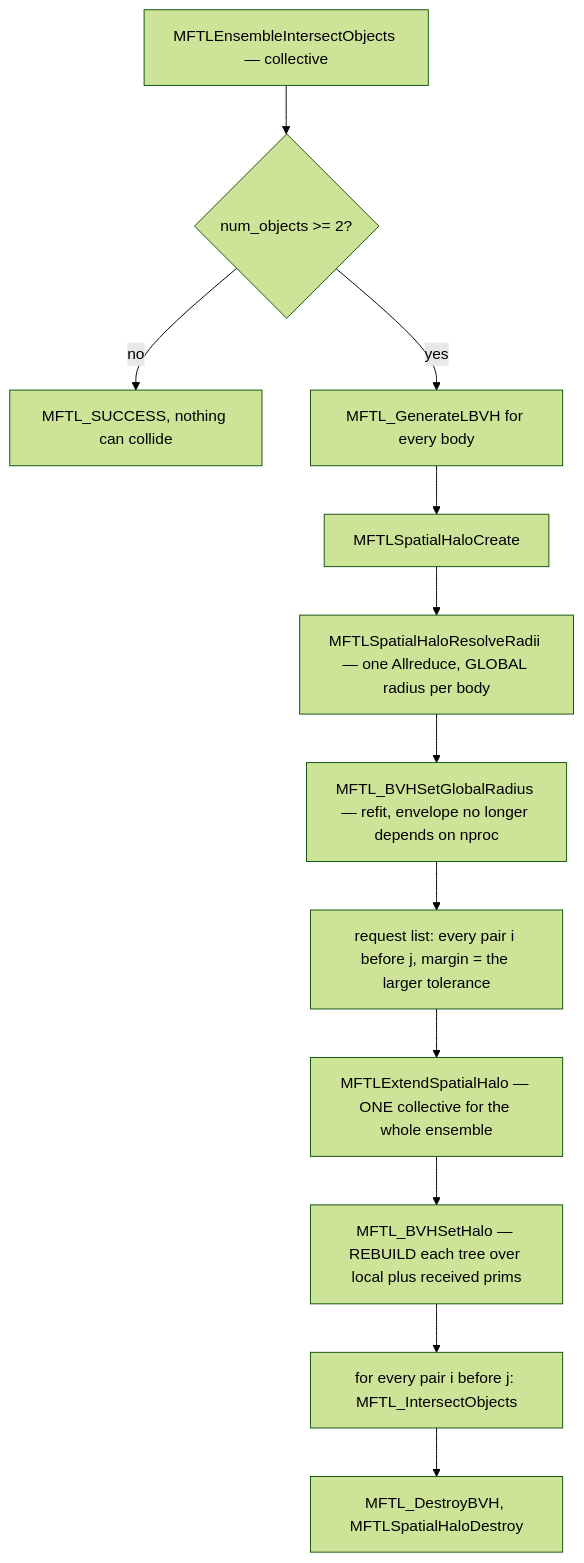
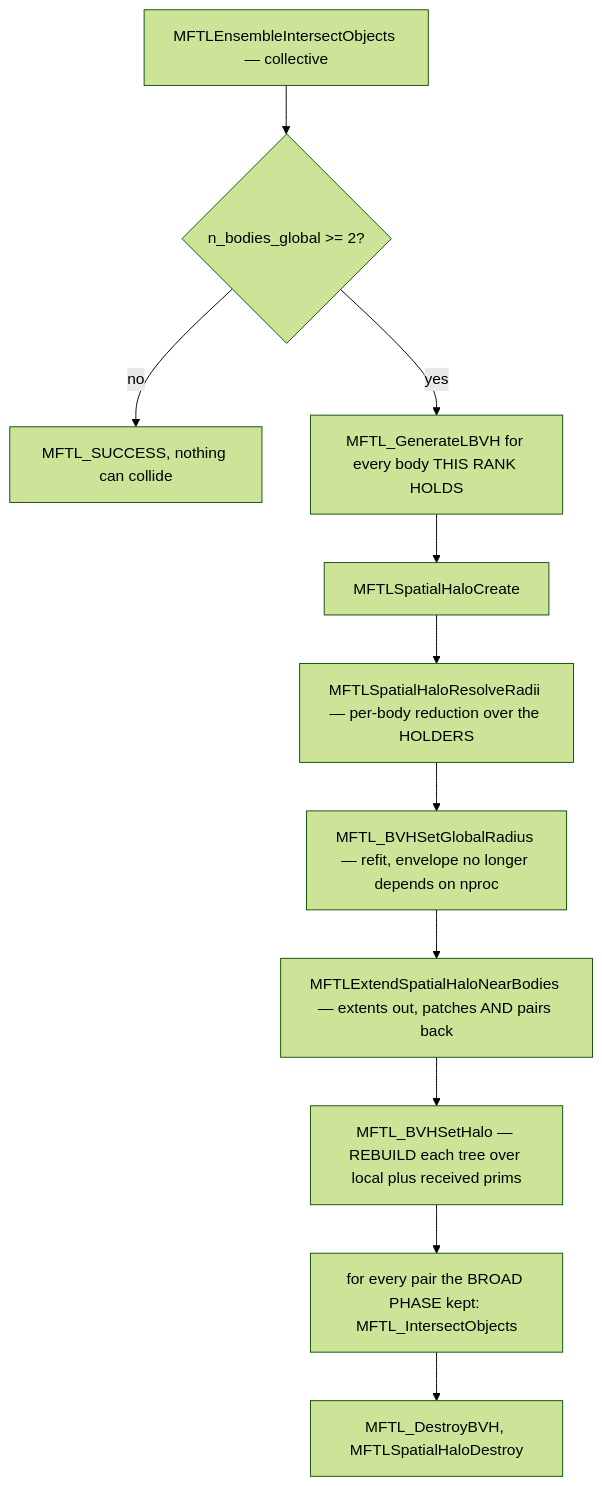
Before and after one commit to Chris-Gorges/MFTL2: the first of 6 diagrams in src/bvh/README.md, drawn with Mermaid (forest theme). The commit also changed other lines of this file and 48 other files, not shown here.

````diff
--- a/src/bvh/README.md
+++ b/src/bvh/README.md
@@ -33,14 +33,13 @@
 ```mermaid
 flowchart TD
-  E["MFTLEnsembleIntersectObjects — collective"] --> N{"num_objects >= 2?"}
+  E["MFTLEnsembleIntersectObjects — collective"] --> N{"n_bodies_global >= 2?"}
   N -->|no| Z["MFTL_SUCCESS, nothing can collide"]
-  N -->|yes| G["MFTL_GenerateLBVH for every body"]
+  N -->|yes| G["MFTL_GenerateLBVH for every body THIS RANK HOLDS"]
   G --> H["MFTLSpatialHaloCreate"]
-  H --> R["MFTLSpatialHaloResolveRadii — one Allreduce, GLOBAL radius per body"]
+  H --> R["MFTLSpatialHaloResolveRadii — per-body reduction over the HOLDERS"]
   R --> S["MFTL_BVHSetGlobalRadius — refit, envelope no longer depends on nproc"]
-  S --> Q["request list: every pair i before j, margin = the larger tolerance"]
-  Q --> X["MFTLExtendSpatialHalo — ONE collective for the whole ensemble"]
+  S --> X["MFTLExtendSpatialHaloNearBodies — extents out, patches AND pairs back"]
   X --> P["MFTL_BVHSetHalo — REBUILD each tree over local plus received prims"]
-  P --> L["for every pair i before j: MFTL_IntersectObjects"]
+  P --> L["for every pair the BROAD PHASE kept: MFTL_IntersectObjects"]
   L --> D["MFTL_DestroyBVH, MFTLSpatialHaloDestroy"]
 ```
````
